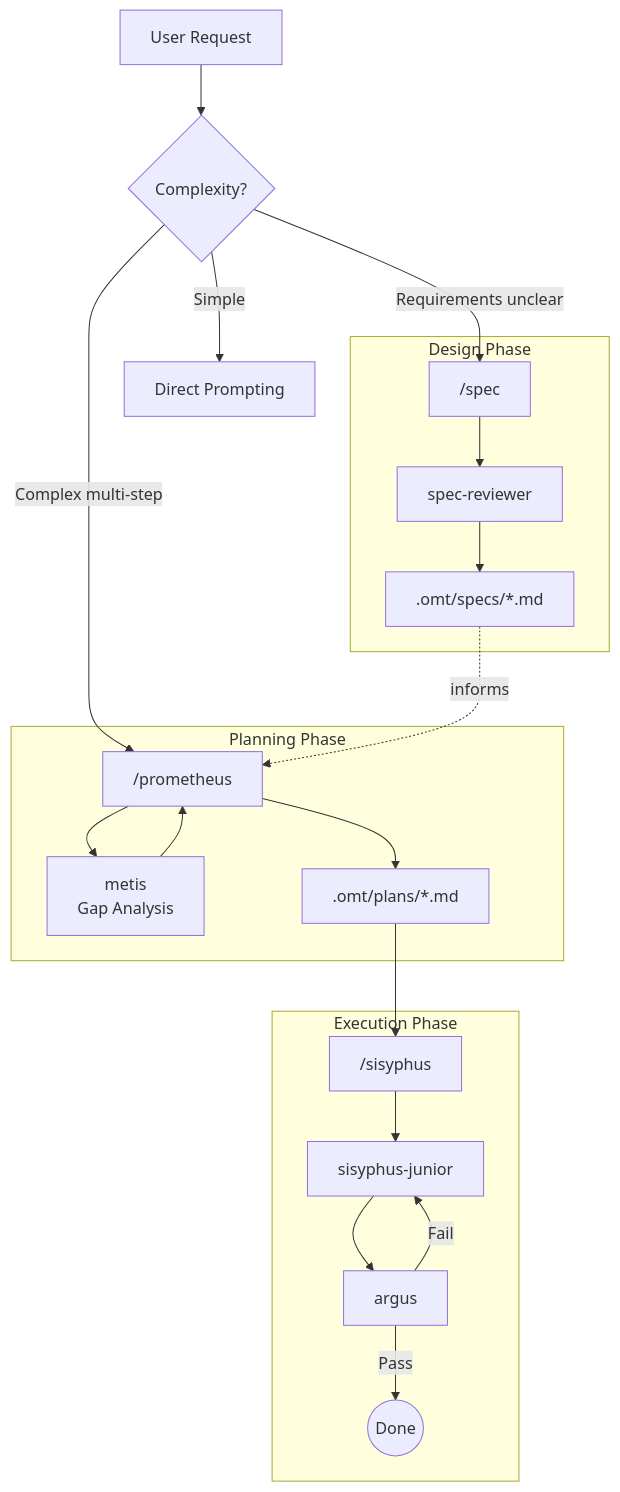
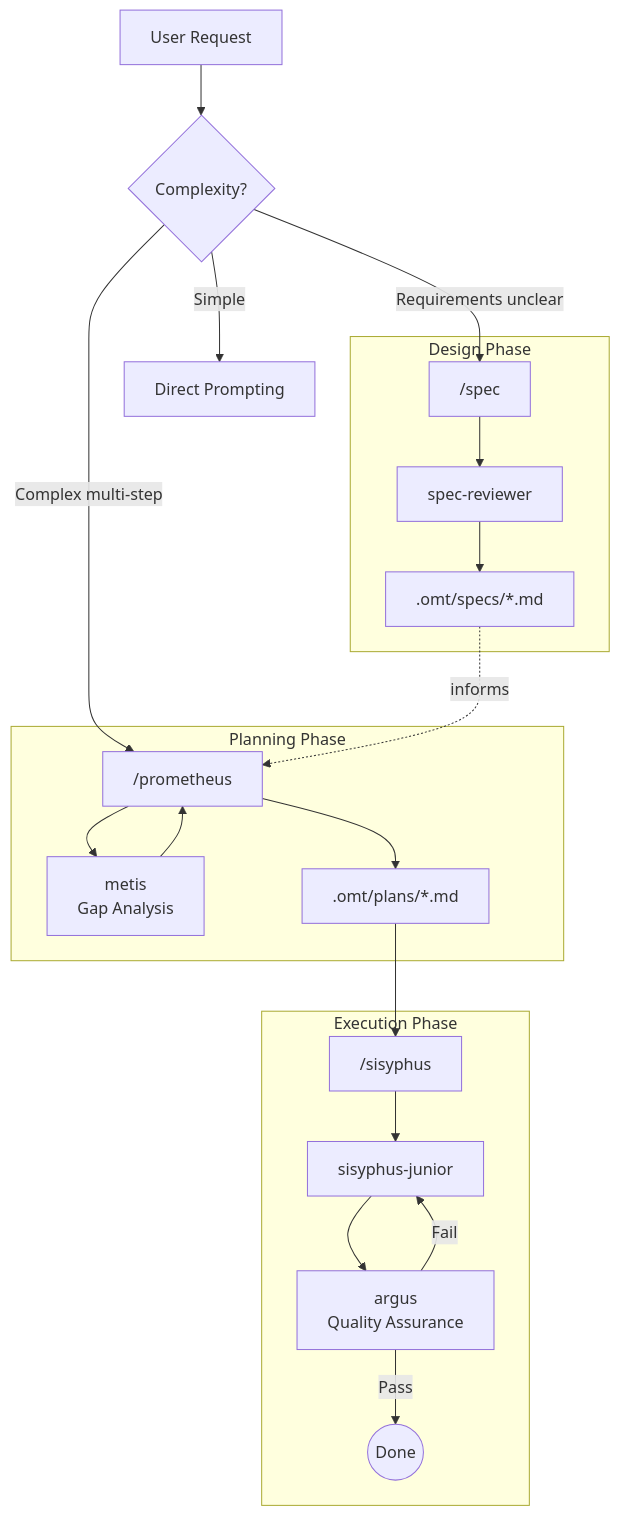
The diagram in docs/ORCHESTRATION.en.md (toongri/oh-my-toong-playground), drawn with Mermaid before and after one commit. The commit also changed other lines of this file and 14 other files, not shown here.

````diff
--- a/docs/ORCHESTRATION.en.md
+++ b/docs/ORCHESTRATION.en.md
@@ -50,29 +50,29 @@
 ```mermaid
 flowchart TD
     User[User Request] --> Decision{Complexity?}
 
     Decision -->|Simple| Direct[Direct Prompting]
     Decision -->|Requirements unclear| Spec
     Decision -->|Complex multi-step| Prometheus
 
     subgraph Design Phase
         Spec["/spec"] --> SpecReviewer[spec-reviewer]
         SpecReviewer --> SpecFile[".omt/specs/*.md"]
     end
 
     subgraph Planning Phase
         Prometheus["/prometheus"] --> Metis[metis<br/>Gap Analysis]
         Metis --> Prometheus
         Prometheus --> PlanFile[".omt/plans/*.md"]
     end
 
     SpecFile -.->|informs| Prometheus
 
     subgraph Execution Phase
         PlanFile --> Sisyphus["/sisyphus"]
         Sisyphus --> Junior[sisyphus-junior]
-        Junior --> CodeReviewer[argus]
-        CodeReviewer -->|Pass| Done((Done))
-        CodeReviewer -->|Fail| Junior
+        Junior --> QA[argus<br/>Quality Assurance]
+        QA -->|Pass| Done((Done))
+        QA -->|Fail| Junior
     end
 ```
````
